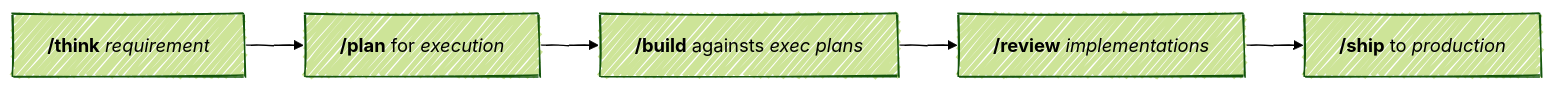
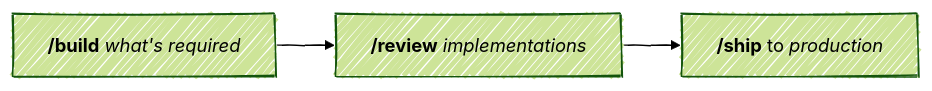
The diagram in README.md (jimzhan/rex), drawn with Mermaid before and after one commit. The commit also changed other lines of this file and 3 other files, not shown here.

Commit message:
chore: fold think planning into build workflow, simplify README diagram, update tech stack

````diff
--- a/README.md
+++ b/README.md
@@ -20,18 +20,14 @@
 ```mermaid
 ---
 config:
   look: handDrawn
   theme: forest
 ---
 flowchart LR
-    Think["<b>/think</b> <i>requirement</i>"]
-    Plan["<b>/plan</b> for <i>execution</i>"]
-    Build["<b>/build</b> againsts <i>exec plans</i>"]
+    Build["<b>/build</b> <i>what's required</i>"]
     Review["<b>/review</b> <i>implementations</i>"]
     Ship["<b>/ship</b> to <i>production</i>"]
 
-    Think --> Plan
-    Plan --> Build
     Build --> Review
     Review --> Ship
 ```
````
